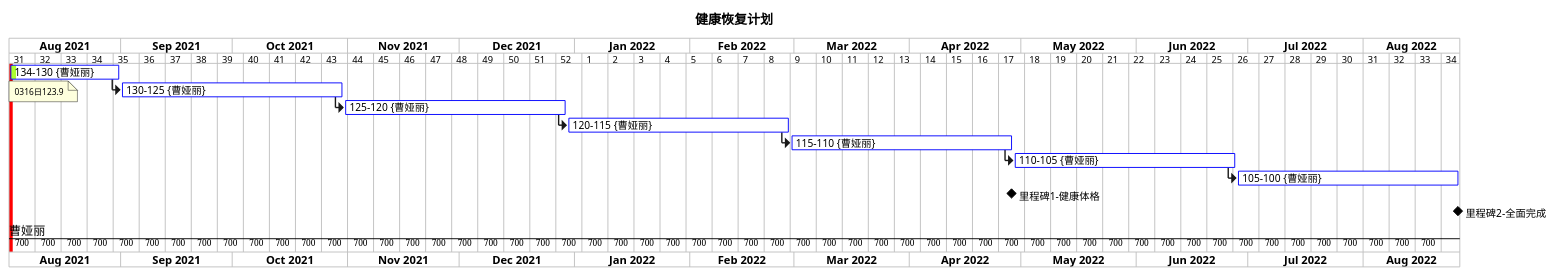
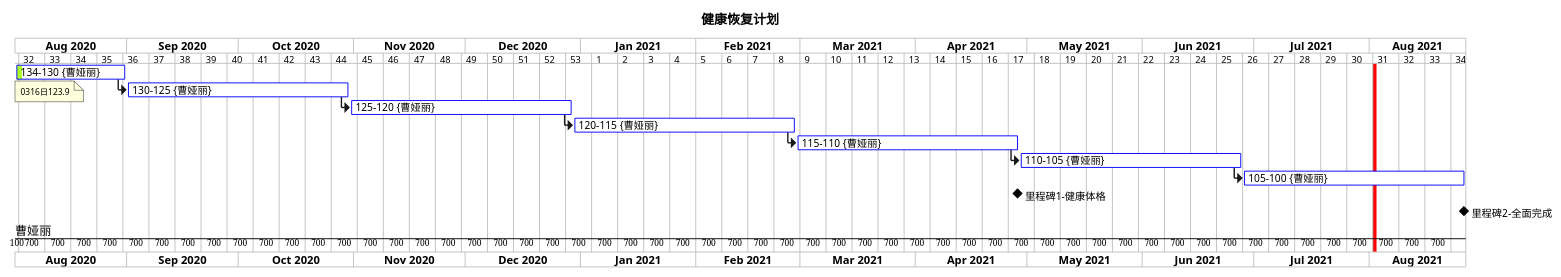
One commit to caoyali/BooksCodeDemo changed the first of 3 diagrams in personal_planning/个人计划.md. Above: the diagram before and after it, drawn with PlantUML. The commit also changed other lines of this file and 35 other files, not shown here.

````diff
--- a/personal_planning/个人计划.md
+++ b/personal_planning/个人计划.md
@@ -1,32 +1,32 @@
 ```puml
 @startgantt
 title 健康恢复计划 
 printscale weekly
-Project starts the 2021-08-02
+Project starts the 2020-08-02
 
 <style>
 ganttDiagram {
     task {
 		BackGroundColor GreenYellow
 		LineColor blue
 	}
 }
 </style>
 [134-130] on {曹娅丽} lasts 30 days and is 5% completed
 note bottom
 0316日123.9
 end note
 
 then [130-125] on {曹娅丽} lasts 60 days and is 0% completed
 then [125-120] on {曹娅丽} lasts 60 days and is 0% completed
 then [120-115] on {曹娅丽} lasts 60 days and is 0% completed
 then [115-110] on {曹娅丽} lasts 60 days and is 0% completed
 then [110-105] on {曹娅丽} lasts 60 days and is 0% completed
 then [105-100] on {曹娅丽} lasts 60 days and is 0% completed
 
 [里程碑1-健康体格] happens at [115-110]'s end
 [里程碑2-全面完成] happens at [105-100]'s end
 
 today is 2021-08-02 and is colored in red
 @endgantt
 ```
````
